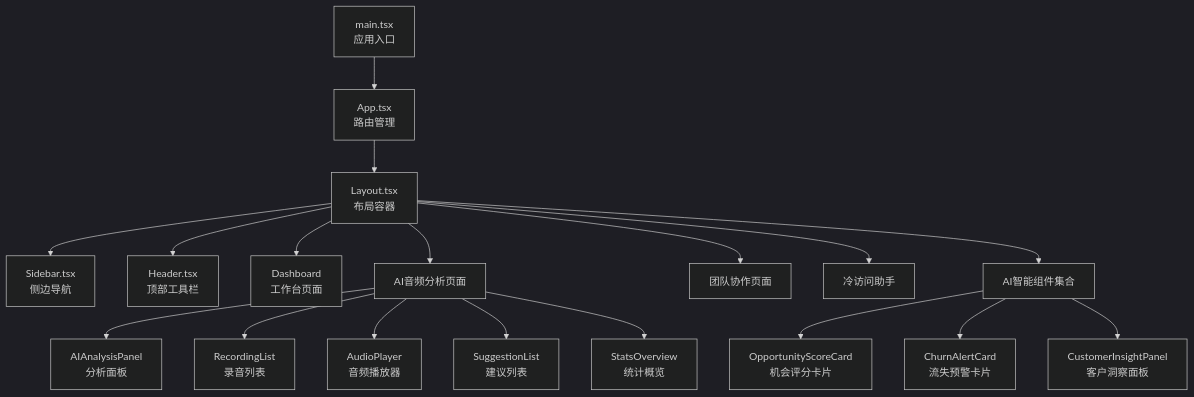
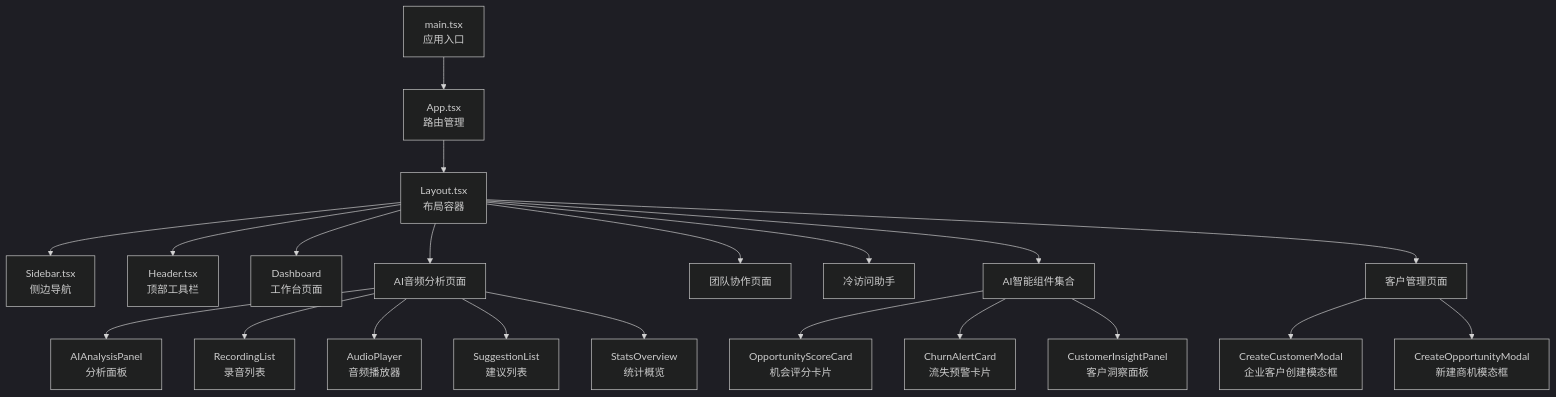
The first of 12 diagrams in .qoder/repowiki/zh/content/核心组件/核心组件.md (xianjianshenqu/SalesFlow-CRM), drawn with Mermaid (dark theme) before and after one commit. The commit also changed other lines of this file and 11 other files, not shown here.

````diff
--- a/.qoder/repowiki/zh/content/核心组件/核心组件.md
+++ b/.qoder/repowiki/zh/content/核心组件/核心组件.md
@@ -60,20 +65,23 @@
 ```mermaid
 graph TB
 A["main.tsx<br/>应用入口"] --> B["App.tsx<br/>路由管理"]
 B --> C["Layout.tsx<br/>布局容器"]
 C --> D["Sidebar.tsx<br/>侧边导航"]
 C --> E["Header.tsx<br/>顶部工具栏"]
 C --> F["Dashboard<br/>工作台页面"]
 C --> G["AI音频分析页面"]
 C --> H["团队协作页面"]
 C --> I["冷访问助手"]
 C --> J["AI智能组件集合"]
-G --> K["AIAnalysisPanel<br/>分析面板"]
-G --> L["RecordingList<br/>录音列表"]
-G --> M["AudioPlayer<br/>音频播放器"]
-G --> N["SuggestionList<br/>建议列表"]
-G --> O["StatsOverview<br/>统计概览"]
-J --> P["OpportunityScoreCard<br/>机会评分卡片"]
-J --> Q["ChurnAlertCard<br/>流失预警卡片"]
-J --> R["CustomerInsightPanel<br/>客户洞察面板"]
+C --> K["客户管理页面"]
+K --> L["CreateCustomerModal<br/>企业客户创建模态框"]
+K --> M["CreateOpportunityModal<br/>新建商机模态框"]
+G --> N["AIAnalysisPanel<br/>分析面板"]
+G --> O["RecordingList<br/>录音列表"]
+G --> P["AudioPlayer<br/>音频播放器"]
+G --> Q["SuggestionList<br/>建议列表"]
+G --> R["StatsOverview<br/>统计概览"]
+J --> S["OpportunityScoreCard<br/>机会评分卡片"]
+J --> T["ChurnAlertCard<br/>流失预警卡片"]
+J --> U["CustomerInsightPanel<br/>客户洞察面板"]
 ```
````
